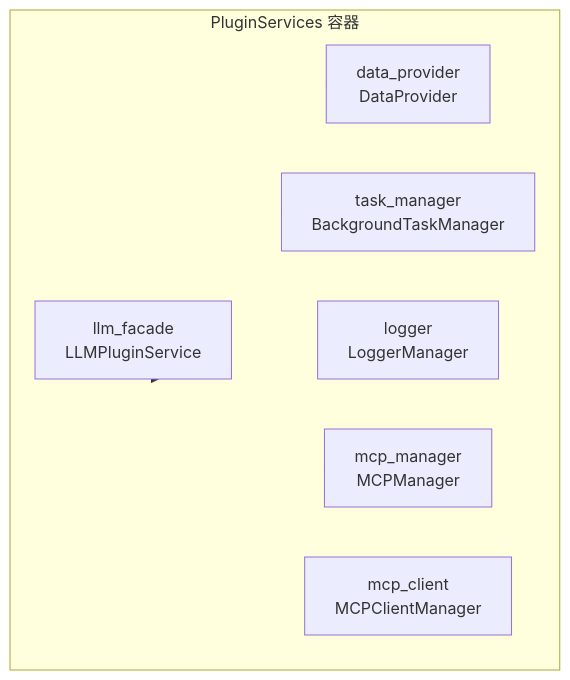
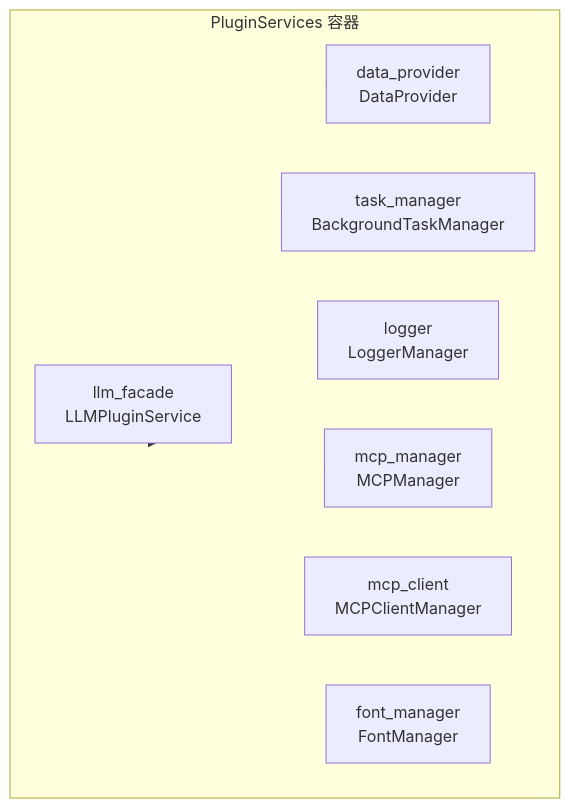
The fifth of 6 diagrams in docs/core/plugin-system/overview.md (KKPIP-Tech/InstructionX), drawn with Mermaid before and after one commit. The commit also changed other lines of this file and 17 other files, not shown here.

````diff
--- a/docs/core/plugin-system/overview.md
+++ b/docs/core/plugin-system/overview.md
@@ -291,18 +291,20 @@
 ```mermaid
 graph LR
     subgraph PluginServices [PluginServices 容器]
         LLM[llm_facade<br/>LLMPluginService]
         DP[data_provider<br/>DataProvider]
         TM[task_manager<br/>BackgroundTaskManager]
         LG[logger<br/>LoggerManager]
         MCM[mcp_manager<br/>MCPManager]
         MCC[mcp_client<br/>MCPClientManager]
+        FTM[font_manager<br/>FontManager]
     end
 
     PluginServices --> LLM
     PluginServices --> DP
     PluginServices --> TM
     PluginServices --> LG
     PluginServices --> MCM
     PluginServices --> MCC
+    PluginServices --> FTM
 ```
````
